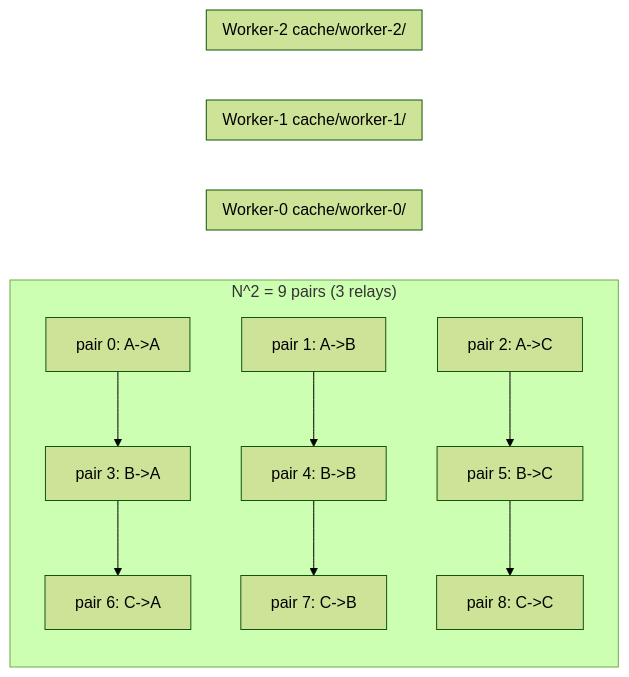
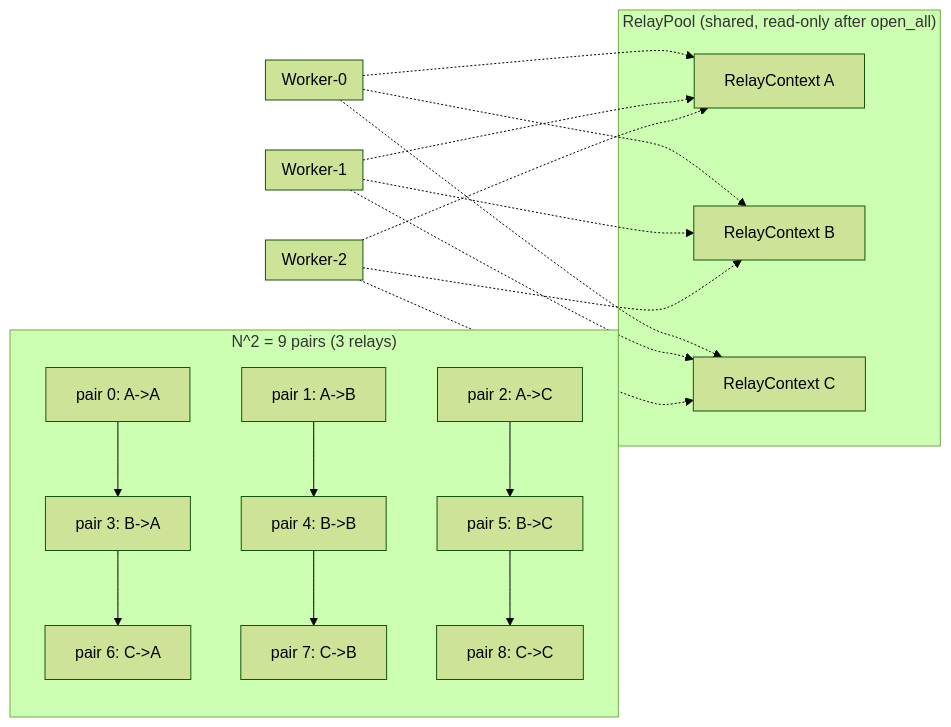
Before and after one commit to j4n/chatmail-prober: the fifth of 9 diagrams in TECHNICAL.md, drawn with Mermaid (forest theme). The commit also changed other lines of this file and 10 other files, not shown here.

````diff
--- a/TECHNICAL.md
+++ b/TECHNICAL.md
@@ -315,25 +299,35 @@
 ```mermaid
 graph LR
     subgraph Pairs["N^2 = 9 pairs (3 relays)"]
         direction TB
         P0["pair 0: A->A"]
         P1["pair 1: A->B"]
         P2["pair 2: A->C"]
         P3["pair 3: B->A"]
         P4["pair 4: B->B"]
         P5["pair 5: B->C"]
         P6["pair 6: C->A"]
         P7["pair 7: C->B"]
         P8["pair 8: C->C"]
     end
 
-    subgraph W0["Worker-0  cache/worker-0/"]
+    subgraph W0["Worker-0"]
         P0 --> P3 --> P6
     end
-    subgraph W1["Worker-1  cache/worker-1/"]
+    subgraph W1["Worker-1"]
         P1 --> P4 --> P7
     end
-    subgraph W2["Worker-2  cache/worker-2/"]
+    subgraph W2["Worker-2"]
         P2 --> P5 --> P8
     end
+
+    subgraph Pool["RelayPool (shared, read-only after open_all)"]
+        CA["RelayContext A"]
+        CB["RelayContext B"]
+        CC["RelayContext C"]
+    end
+
+    W0 -.-> CA & CB & CC
+    W1 -.-> CA & CB & CC
+    W2 -.-> CA & CB & CC
 ```
````
